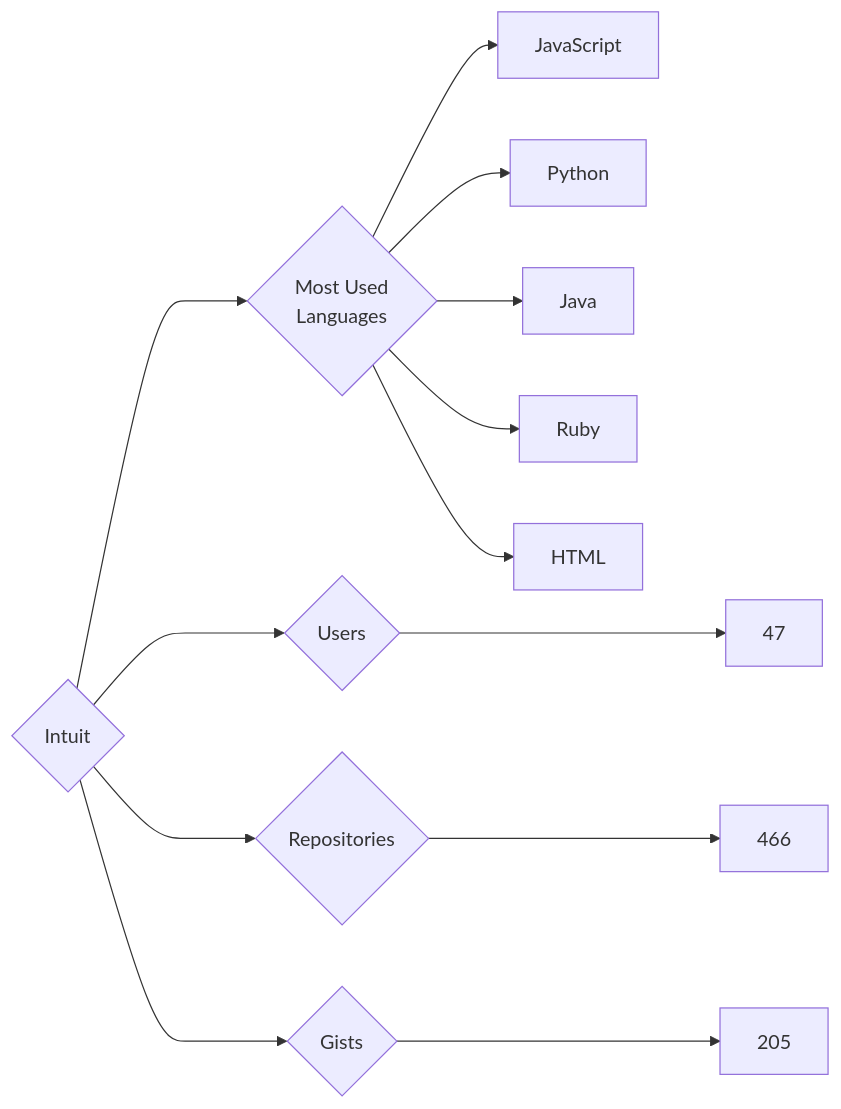
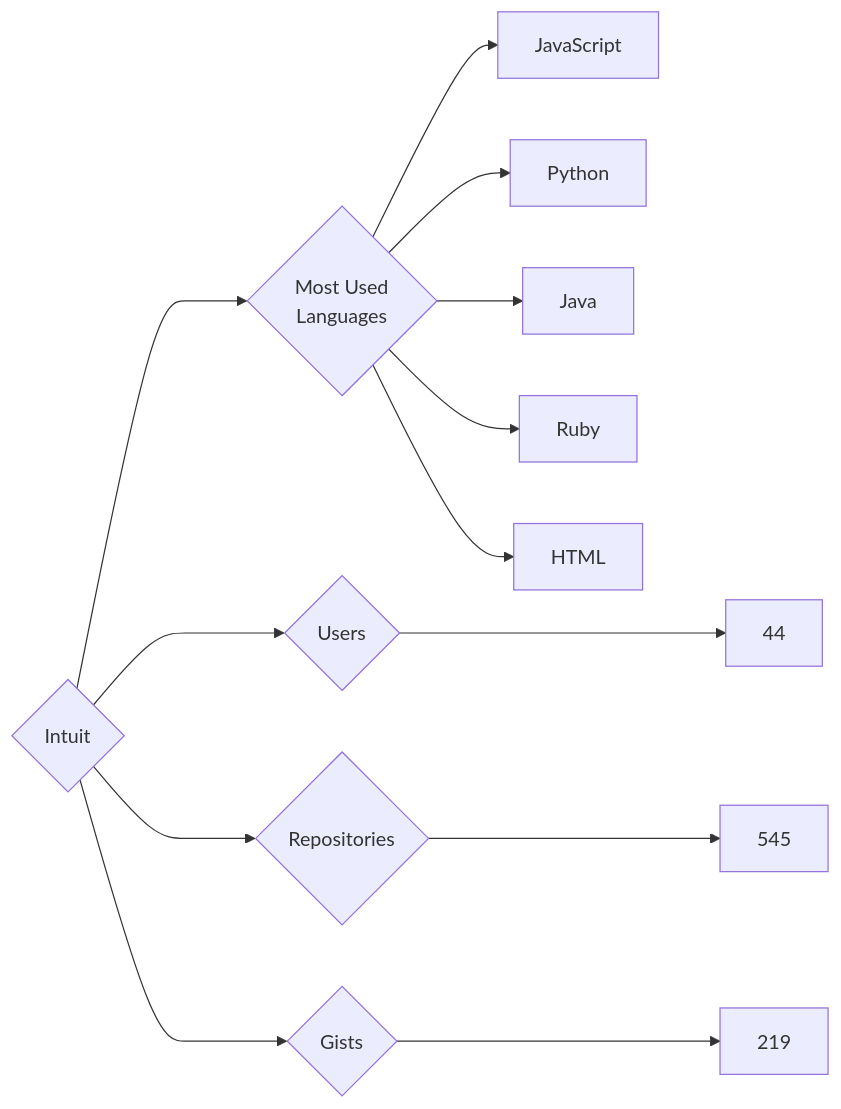
Before and after one commit to trickest/insiders: the diagram in targets/Intuit/README.md, drawn with Mermaid. The commit also changed 951 other files, not shown here.

````diff
--- a/targets/Intuit/README.md
+++ b/targets/Intuit/README.md
@@ -3,13 +3,13 @@
 ```mermaid
 graph LR
 COMPANY_NAME{Intuit}
-COMPANY_NAME ---> U{Users} ---> UN[47]
-COMPANY_NAME ---> R{Repositories} ---> RN[466]
-COMPANY_NAME ---> G{Gists} ---> GN[205]
+COMPANY_NAME ---> U{Users} ---> UN[44]
+COMPANY_NAME ---> R{Repositories} ---> RN[545]
+COMPANY_NAME ---> G{Gists} ---> GN[219]
 COMPANY_NAME ---> ML{Most Used<br>Languages}
-ML --> JavaScript
-ML --> Python
-ML --> Java
-ML --> Ruby
-ML --> HTML
+ML --> JavaScript[JavaScript]
+ML --> Python[Python]
+ML --> Java[Java]
+ML --> Ruby[Ruby]
+ML --> HTML[HTML]
 ```
````
